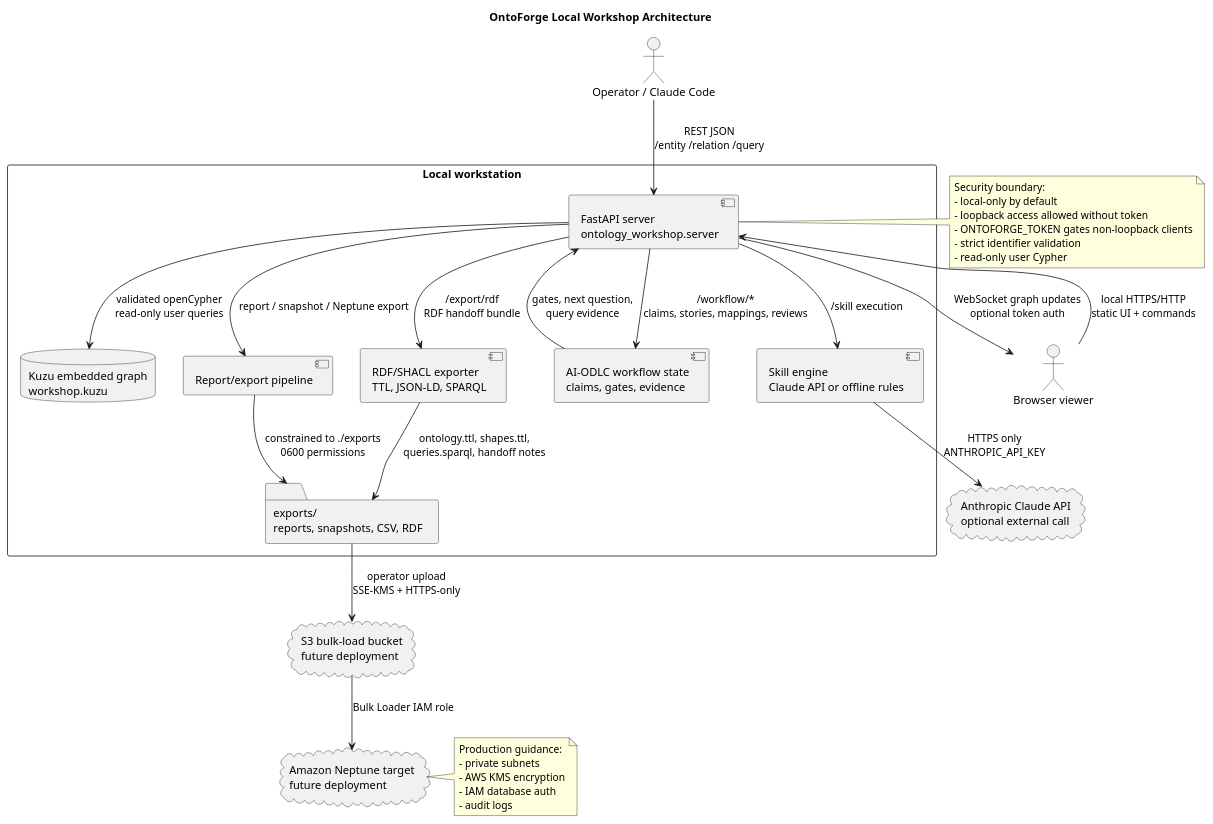
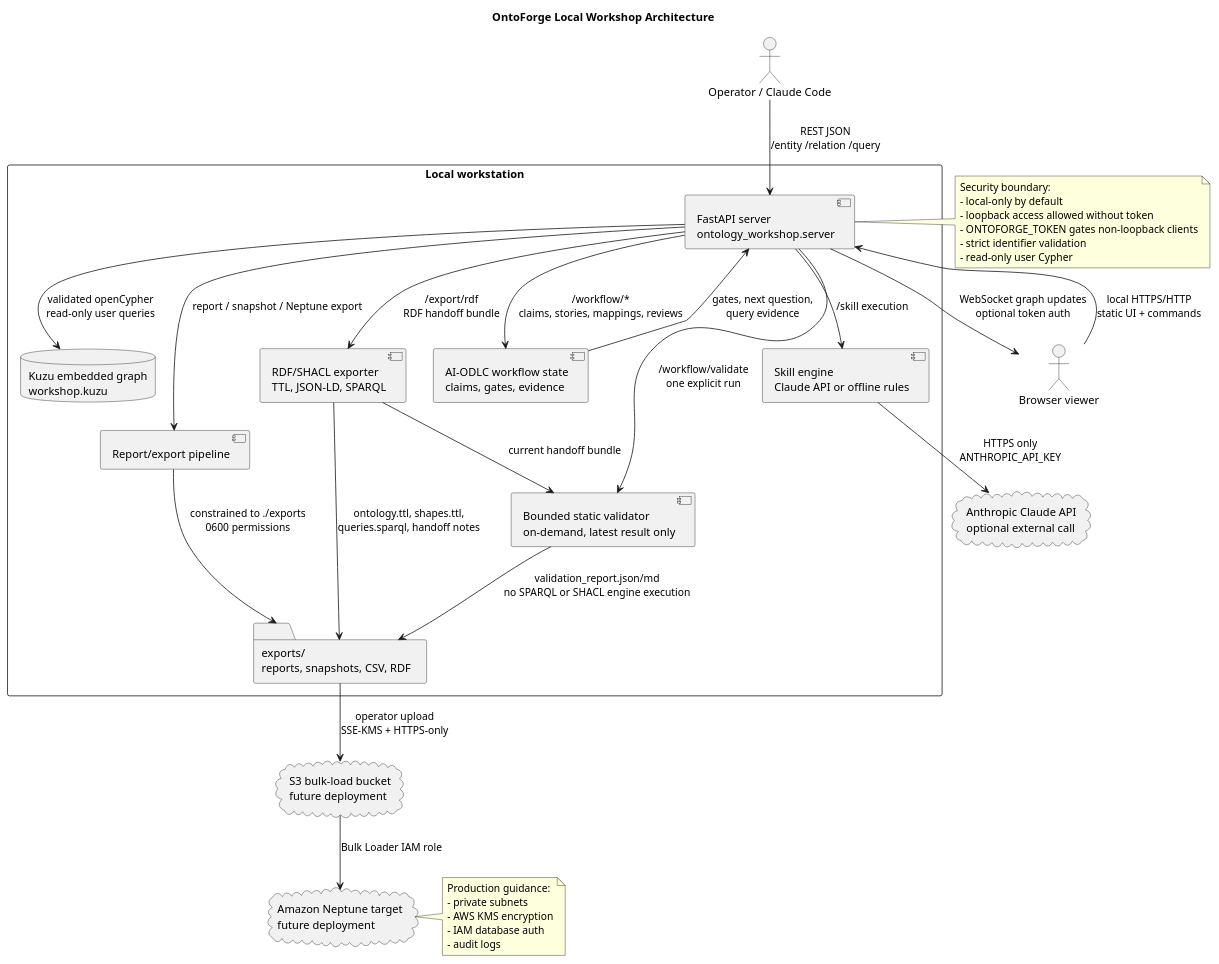
One commit to aws-samples/sample-ontology-discovery-workshop changed the diagram in docs/architecture.puml. Above: the diagram before and after it, drawn with PlantUML. The commit also changed 18 other files, not shown here.

Commit message:
Add bounded RDF handoff validation loop

```diff
--- a/docs/architecture.puml
+++ b/docs/architecture.puml
@@ -1,50 +1,54 @@
 @startuml
 title OntoForge Local Workshop Architecture
 
 actor "Operator / Claude Code" as Operator
 actor "Browser viewer" as Browser
 rectangle "Local workstation" {
   component "FastAPI server\nontology_workshop.server" as API
   database "Kuzu embedded graph\nworkshop.kuzu" as Kuzu
   component "Skill engine\nClaude API or offline rules" as Skills
   component "AI-ODLC workflow state\nclaims, gates, evidence" as Workflow
   component "Report/export pipeline" as Export
   component "RDF/SHACL exporter\nTTL, JSON-LD, SPARQL" as RDF
+  component "Bounded static validator\non-demand, latest result only" as Validator
   folder "exports/\nreports, snapshots, CSV, RDF" as Files
 }
 cloud "Anthropic Claude API\noptional external call" as Claude
 cloud "Amazon Neptune target\nfuture deployment" as Neptune
 cloud "S3 bulk-load bucket\nfuture deployment" as S3
 
 Operator --> API : REST JSON\n/entity /relation /query
 API --> Kuzu : validated openCypher\nread-only user queries
 API --> Browser : WebSocket graph updates\noptional token auth
 Browser --> API : local HTTPS/HTTP\nstatic UI + commands
 API --> Skills : /skill execution
 API --> Workflow : /workflow/*\nclaims, stories, mappings, reviews
 Workflow --> API : gates, next question,\nquery evidence
 Skills --> Claude : HTTPS only\nANTHROPIC_API_KEY
 API --> Export : report / snapshot / Neptune export
 API --> RDF : /export/rdf\nRDF handoff bundle
+API --> Validator : /workflow/validate\none explicit run
+RDF --> Validator : current handoff bundle
 Export --> Files : constrained to ./exports\n0600 permissions
 RDF --> Files : ontology.ttl, shapes.ttl,\nqueries.sparql, handoff notes
+Validator --> Files : validation_report.json/md\nno SPARQL or SHACL engine execution
 Files --> S3 : operator upload\nSSE-KMS + HTTPS-only
 S3 --> Neptune : Bulk Loader IAM role
 
 note right of API
 Security boundary:
 - local-only by default
 - loopback access allowed without token
 - ONTOFORGE_TOKEN gates non-loopback clients
 - strict identifier validation
 - read-only user Cypher
 end note
 
 note right of Neptune
 Production guidance:
 - private subnets
 - AWS KMS encryption
 - IAM database auth
 - audit logs
 end note
 @enduml
```
